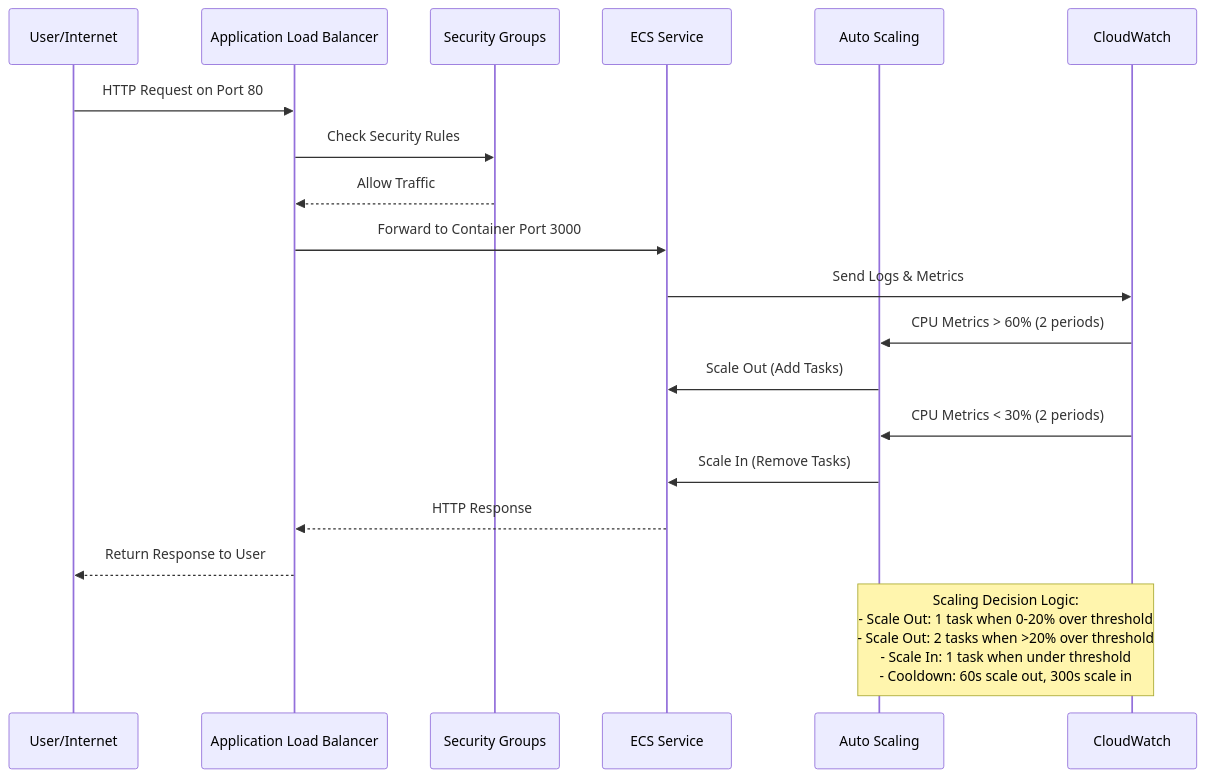
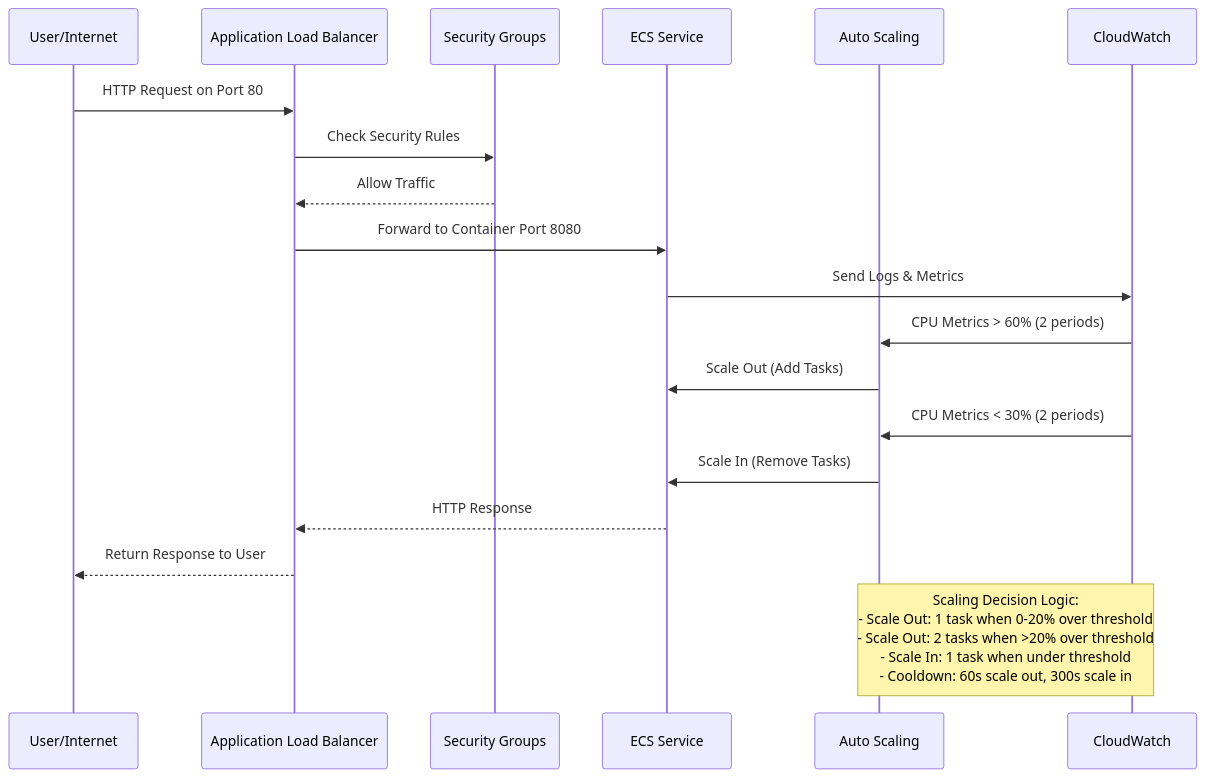
One commit to vvvesss/aws-ecs-asg-alb changed the second of 4 diagrams in README.md. Above: the diagram before and after it, drawn with Mermaid. The commit also changed other lines of this file, not shown here.

Commit message:
fixing mermaid diagram

````diff
--- a/README.md
+++ b/README.md
@@ -74,26 +74,26 @@
 ```mermaid
 sequenceDiagram
     participant User as User/Internet
     participant ALB as Application Load Balancer
     participant SG as Security Groups
     participant ECS as ECS Service
     participant ASG as Auto Scaling
     participant CW as CloudWatch
     
     User->>ALB: HTTP Request on Port 80
     ALB->>SG: Check Security Rules
     SG-->>ALB: Allow Traffic
-    ALB->>ECS: Forward to Container Port 3000
+    ALB->>ECS: Forward to Container Port 8080
     ECS->>CW: Send Logs & Metrics
     
     CW->>ASG: CPU Metrics > 60% (2 periods)
     ASG->>ECS: Scale Out (Add Tasks)
     
     CW->>ASG: CPU Metrics < 30% (2 periods)
     ASG->>ECS: Scale In (Remove Tasks)
     
     ECS-->>ALB: HTTP Response
     ALB-->>User: Return Response to User
     
     Note over CW,ASG: Scaling Decision Logic:<br/>- Scale Out: 1 task when 0-20% over threshold<br/>- Scale Out: 2 tasks when >20% over threshold<br/>- Scale In: 1 task when under threshold<br/>- Cooldown: 60s scale out, 300s scale in
 ```
````
